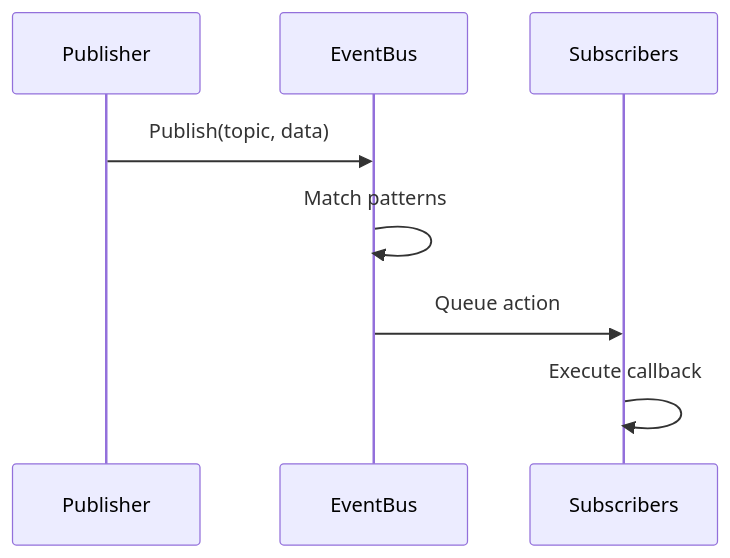
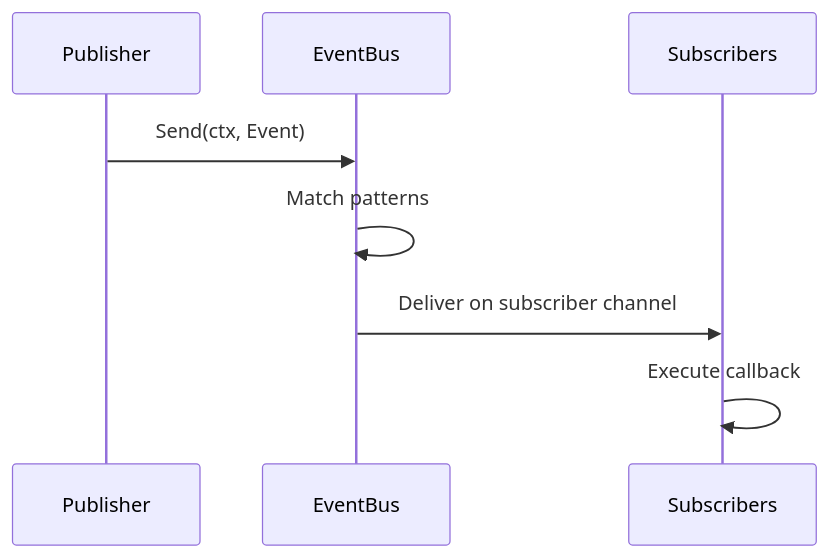
Before and after one commit to wippyai/docs: the first of 3 diagrams in en/internals/architecture.md, drawn with Mermaid. The commit also changed other lines of this file and 870 other files, not shown here.

````diff
--- a/en/internals/architecture.md
+++ b/en/internals/architecture.md
@@ -109,11 +111,11 @@
 ```mermaid
 sequenceDiagram
     participant P as Publisher
     participant B as EventBus
     participant S as Subscribers
 
-    P->>B: Publish(topic, data)
+    P->>B: Send(ctx, Event)
     B->>B: Match patterns
-    B->>S: Queue action
+    B->>S: Deliver on subscriber channel
     S->>S: Execute callback
 ```
````
